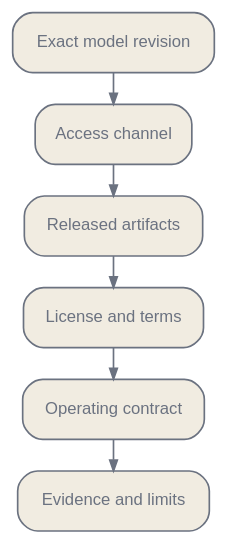
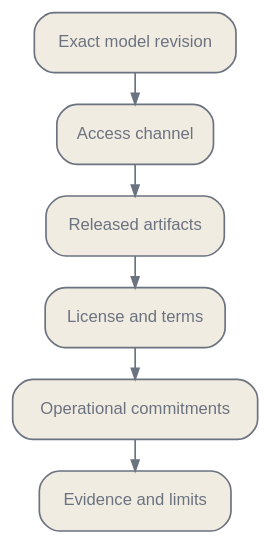
Before and after one commit to latere-ai/ai-as-an-infrastructure: the first of 4 diagrams in en/ecosystem/01-model-landscape.qmd, drawn with Graphviz. The commit also changed other lines of this file and 4 other files, not shown here.

````diff
--- a/en/ecosystem/01-model-landscape.qmd
+++ b/en/ecosystem/01-model-landscape.qmd
@@ -18,21 +19,21 @@
 ```{dot}
 //| label: fig-release-contract
 //| fig-cap: "A release is a bundle of independently reviewed facts. A lab name or the word open cannot substitute for the model revision, access channel, artifacts, terms, operational commitments, and evidence attached to that release."
 digraph release_contract {
   bgcolor="transparent";
   rankdir=TB;
   nodesep=0.16;
   ranksep=0.26;
   node [shape=box, style="rounded,filled", fontname="Helvetica", fontsize=10,
         color="#6b7280", fontcolor="#6b7280", fillcolor="#f1ece1",
         margin="0.12,0.08"];
   edge [color="#6b7280", arrowsize=0.65];
   I [label="Exact model revision"];
   A [label="Access channel"];
   X [label="Released artifacts"];
   P [label="License and terms"];
-  O [label="Operating contract"];
+  O [label="Operational commitments"];
   E [label="Evidence and limits"];
   I -> A -> X -> P -> O -> E;
 }
 ```
````
